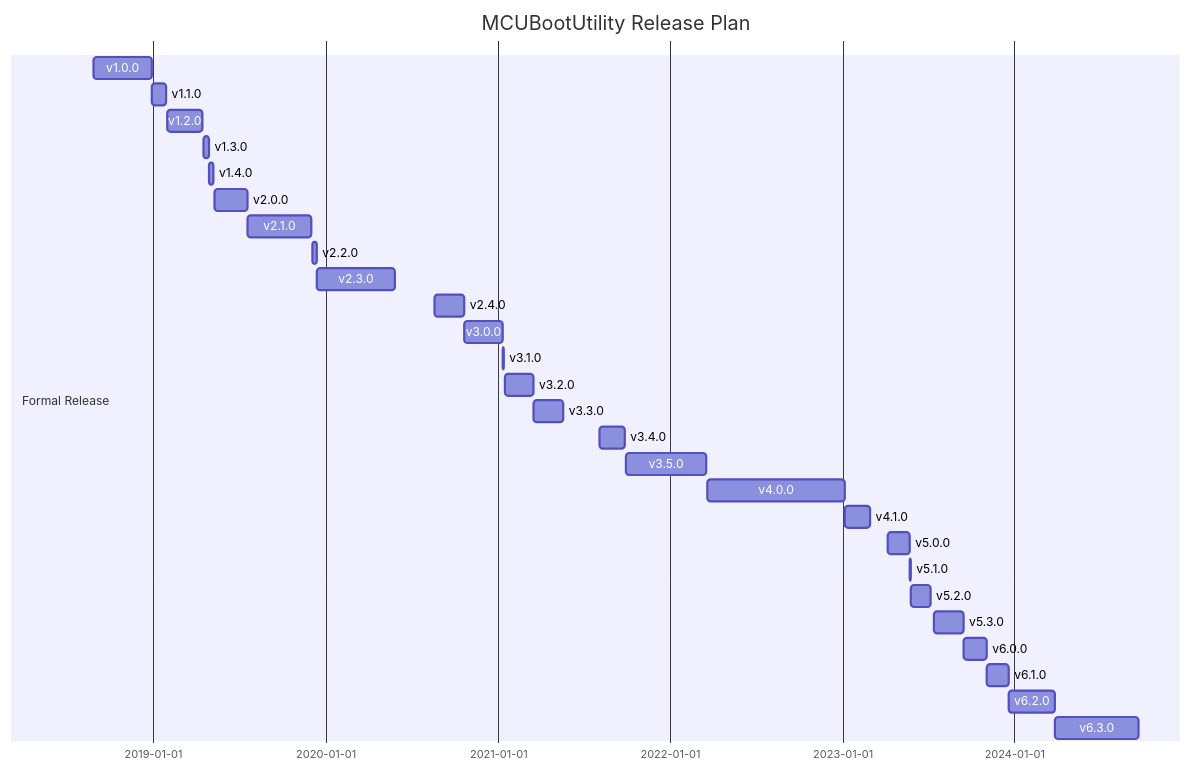
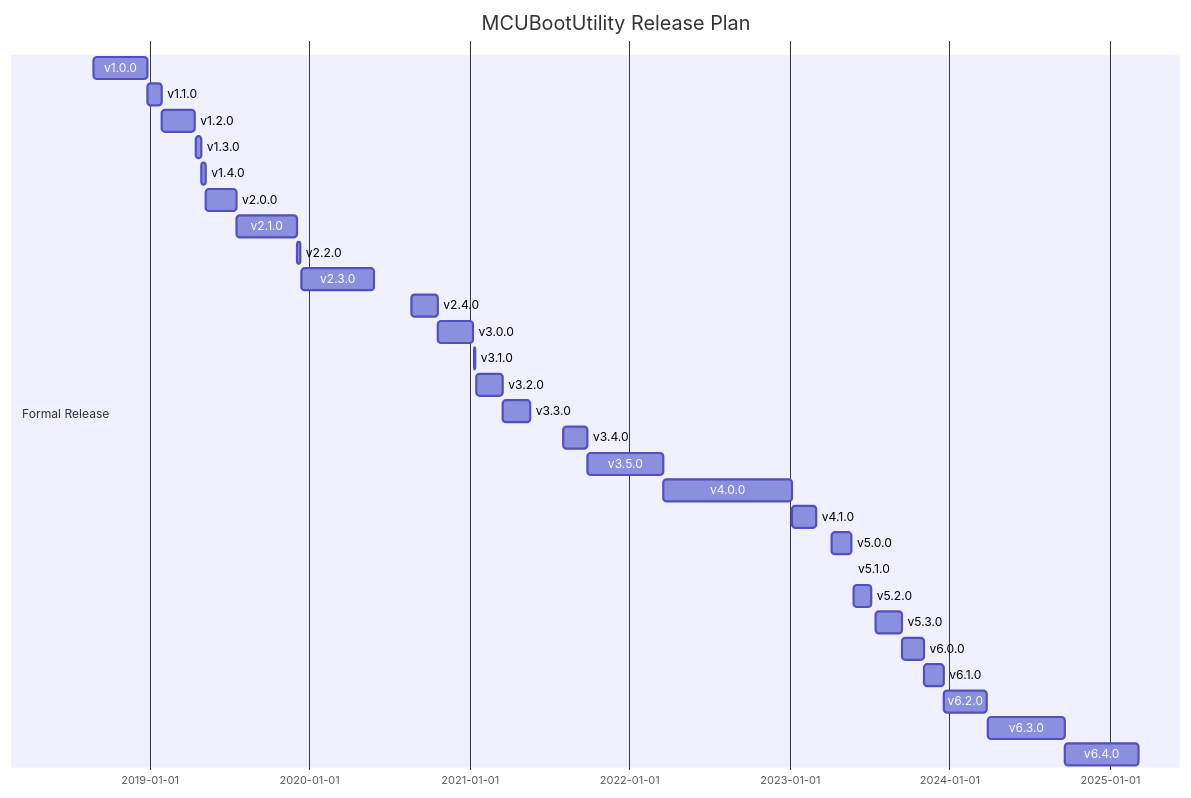
Before and after one commit to JayHeng/NXP-MCUBootUtility: the diagram in README-zh.md, drawn with Mermaid. The commit also changed other lines of this file and 65 other files, not shown here.

````diff
--- a/README-zh.md
+++ b/README-zh.md
@@ -1,32 +1,33 @@
 ``` mermaid
 gantt
     title MCUBootUtility Release Plan
     dateFormat  YYYY-MM-DD
     section Formal Release
     v1.0.0           :a1, 2018-08-27, 2018-12-28
     v1.1.0           :a2, 2018-12-29, 2019-01-29
     v1.2.0           :a3, 2019-01-30, 2019-04-16
     v1.3.0           :a4, 2019-04-17, 2019-04-29
     v1.4.0           :a5, 2019-04-30, 2019-05-09
     v2.0.0           :a6, 2019-05-10, 2019-07-19
     v2.1.0           :a7, 2019-07-20, 2019-12-03
     v2.2.0           :a8, 2019-12-04, 2019-12-13
     v2.3.0           :a9, 2019-12-14, 2020-05-28
     v2.4.0           :a10, 2020-08-20, 2020-10-20
     v3.0.0           :a11, 2020-10-21, 2021-01-10
     v3.1.0           :a12, 2021-01-11, 2021-01-13
     v3.2.0           :a13, 2021-01-16, 2021-03-17
     v3.3.0           :a14, 2021-03-18, 2021-05-20
     v3.4.0           :a15, 2021-08-03, 2021-09-27
     v3.5.0           :a16, 2021-09-28, 2022-03-19
     v4.0.0           :a17, 2022-03-20, 2023-01-06
     v4.1.0           :a18, 2023-01-07, 2023-03-02
     v5.0.0           :a19, 2023-04-07, 2023-05-23
     v5.1.0           :a20, 2023-05-24, 2023-05-25
     v5.2.0           :a21, 2023-05-26, 2023-07-07
     v5.3.0           :a22, 2023-07-15, 2023-09-14
     v6.0.0           :a23, 2023-09-15, 2023-11-03
     v6.1.0           :a24, 2023-11-04, 2023-12-19
     v6.2.0           :a25, 2023-12-20, 2024-03-26
     v6.3.0           :a26, 2024-03-27, 2024-09-20
+    v6.4.0           :a27, 2024-09-21, 2025-03-07
 ```
````
